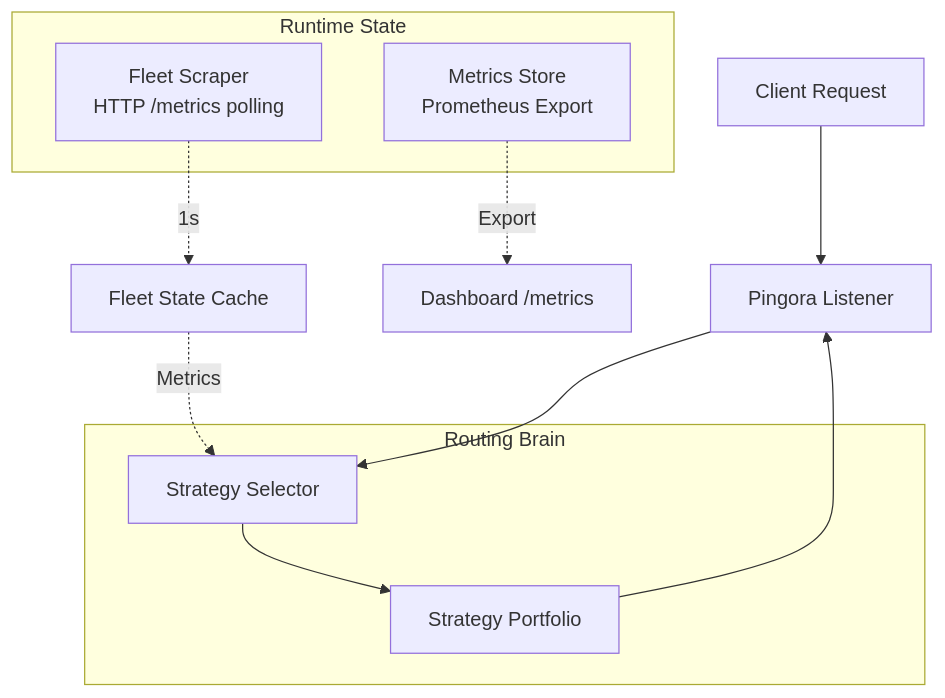
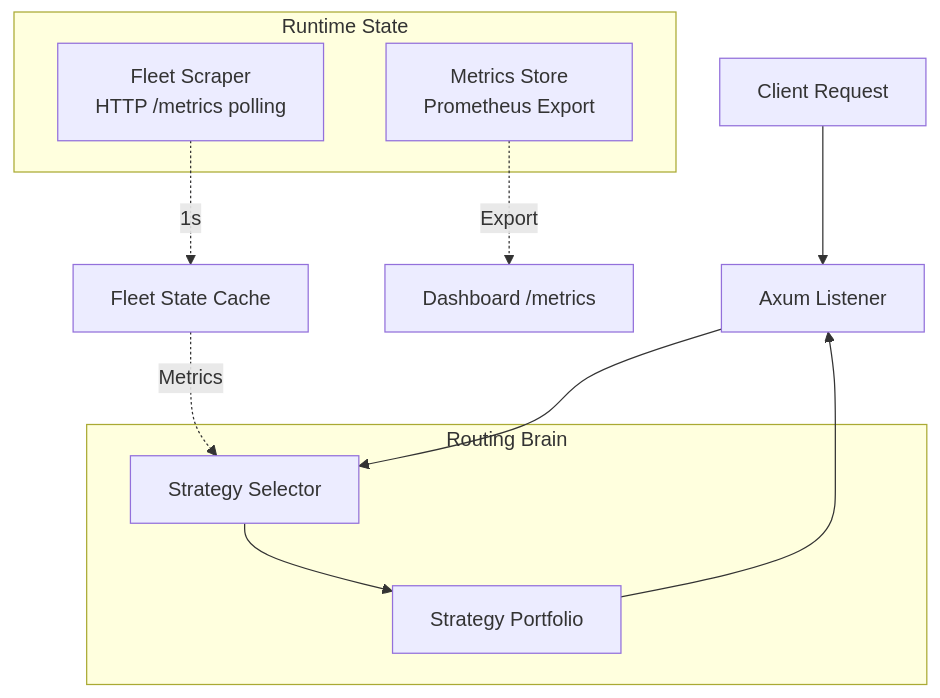
The first of 4 diagrams in README.md (Ammar-Alnagar/Kairos), drawn with Mermaid before and after one commit. The commit also changed other lines of this file and 2 other files, not shown here.

First line of the commit message:
Refactor: Use Axum instead of Pingora

````diff
--- a/README.md
+++ b/README.md
@@ -32,22 +32,22 @@
 ```mermaid
 graph TD
-    Client[Client Request] --> Pingora[Pingora Listener]
+    Client[Client Request] --> Axum[Axum Listener]
 
     subgraph Routing_Brain [Routing Brain]
         Selector[Strategy Selector]
         Portfolio[Strategy Portfolio]
     end
 
-    Pingora --> Selector
+    Axum --> Selector
     Selector --> Portfolio
-    Portfolio --> Pingora
+    Portfolio --> Axum
 
     subgraph State [Runtime State]
         Scraper[Fleet Scraper<br/>HTTP /metrics polling]
         Metrics[Metrics Store<br/>Prometheus Export]
     end
 
     Scraper -. 1s .-> FleetState[Fleet State Cache]
     FleetState -. Metrics .-> Selector
     Metrics -. Export .-> Dashboard[Dashboard /metrics]
 ```
````
